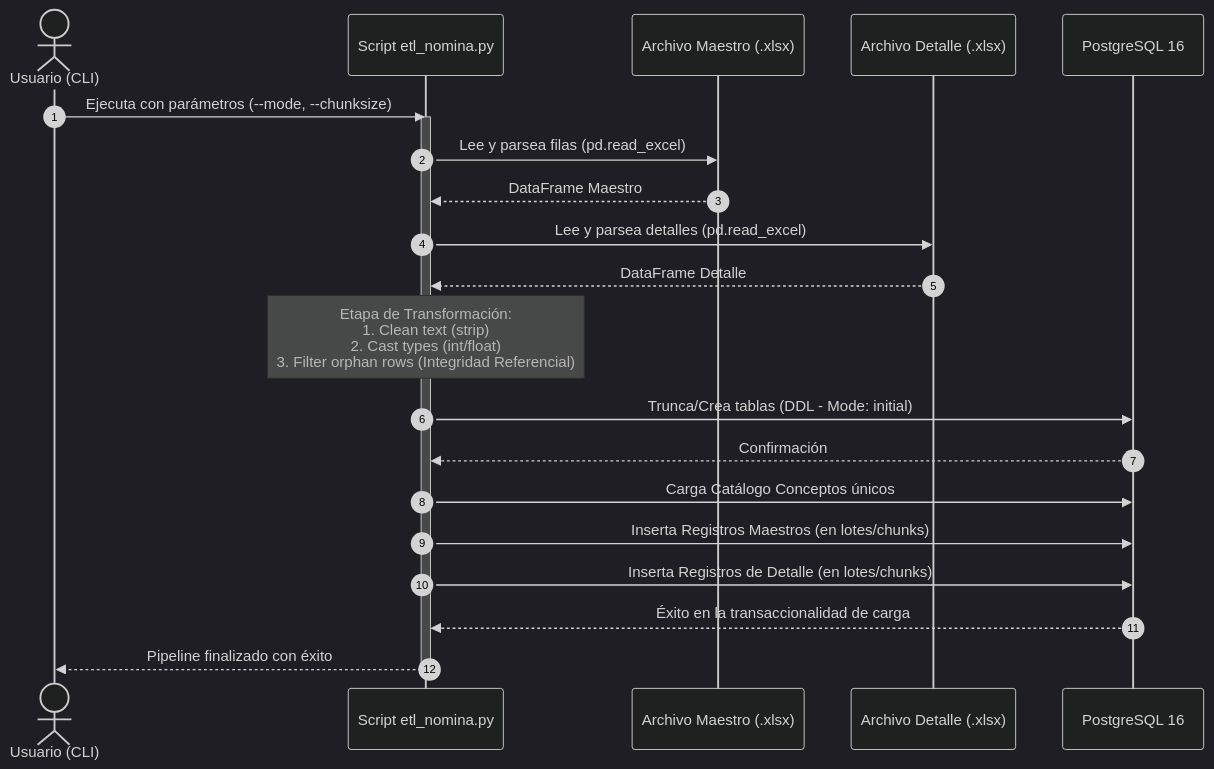
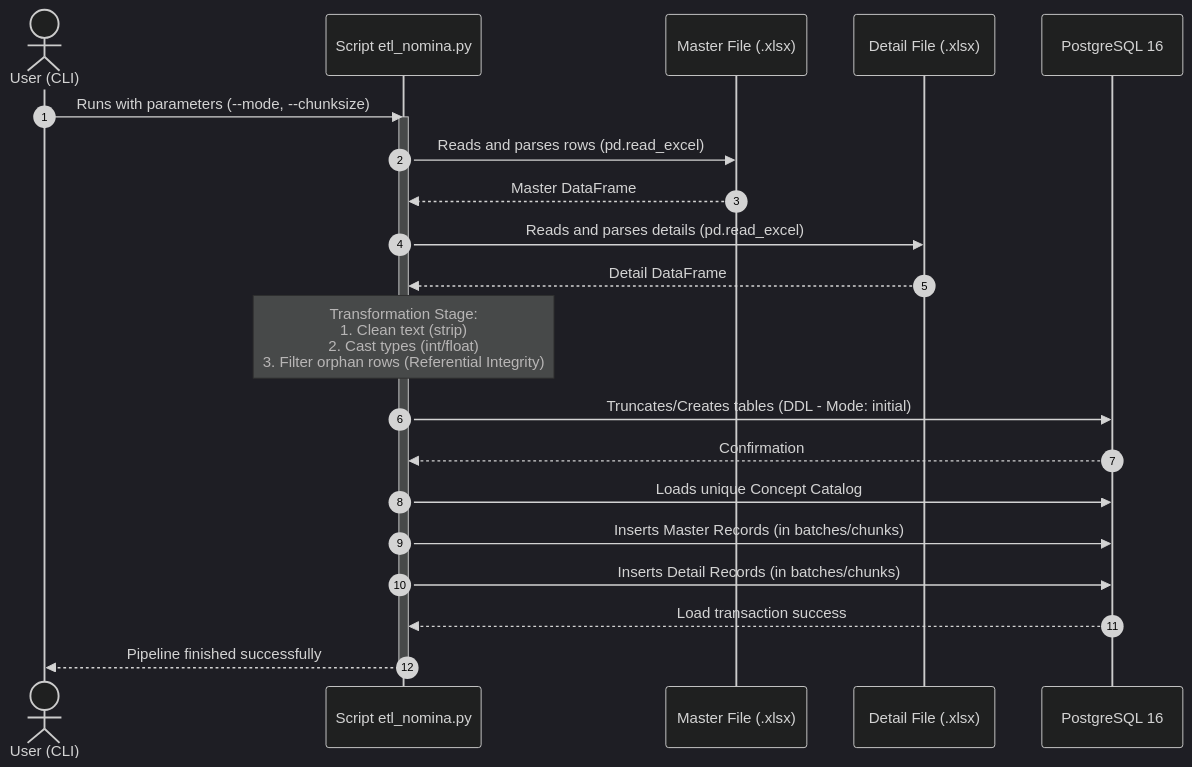
Before and after one commit to alexander-tinoco/nominas: the fourth of 5 diagrams in README.md, drawn with Mermaid (dark theme). The commit also changed other lines of this file, not shown here.

````diff
--- a/README.md
+++ b/README.md
@@ -294,25 +294,25 @@
 ```mermaid
 sequenceDiagram
     autonumber
-    actor CLI as Usuario (CLI)
+    actor CLI as User (CLI)
     participant ETL as Script etl_nomina.py
-    participant Excel1 as Archivo Maestro (.xlsx)
-    participant Excel2 as Archivo Detalle (.xlsx)
+    participant Excel1 as Master File (.xlsx)
+    participant Excel2 as Detail File (.xlsx)
     participant DB as PostgreSQL 16
 
-    CLI->>ETL: Ejecuta con parámetros (--mode, --chunksize)
+    CLI->>ETL: Runs with parameters (--mode, --chunksize)
     activate ETL
-    ETL->>Excel1: Lee y parsea filas (pd.read_excel)
-    Excel1-->>ETL: DataFrame Maestro
-    ETL->>Excel2: Lee y parsea detalles (pd.read_excel)
-    Excel2-->>ETL: DataFrame Detalle
-    Note over ETL: Etapa de Transformación:<br/>1. Clean text (strip)<br/>2. Cast types (int/float)<br/>3. Filter orphan rows (Integridad Referencial)
-    ETL->>DB: Trunca/Crea tablas (DDL - Mode: initial)
-    DB-->>ETL: Confirmación
-    ETL->>DB: Carga Catálogo Conceptos únicos
-    ETL->>DB: Inserta Registros Maestros (en lotes/chunks)
-    ETL->>DB: Inserta Registros de Detalle (en lotes/chunks)
-    DB-->>ETL: Éxito en la transaccionalidad de carga
-    ETL-->>CLI: Pipeline finalizado con éxito
+    ETL->>Excel1: Reads and parses rows (pd.read_excel)
+    Excel1-->>ETL: Master DataFrame
+    ETL->>Excel2: Reads and parses details (pd.read_excel)
+    Excel2-->>ETL: Detail DataFrame
+    Note over ETL: Transformation Stage:<br/>1. Clean text (strip)<br/>2. Cast types (int/float)<br/>3. Filter orphan rows (Referential Integrity)
+    ETL->>DB: Truncates/Creates tables (DDL - Mode: initial)
+    DB-->>ETL: Confirmation
+    ETL->>DB: Loads unique Concept Catalog
+    ETL->>DB: Inserts Master Records (in batches/chunks)
+    ETL->>DB: Inserts Detail Records (in batches/chunks)
+    DB-->>ETL: Load transaction success
+    ETL-->>CLI: Pipeline finished successfully
     deactivate ETL
 ```
````
